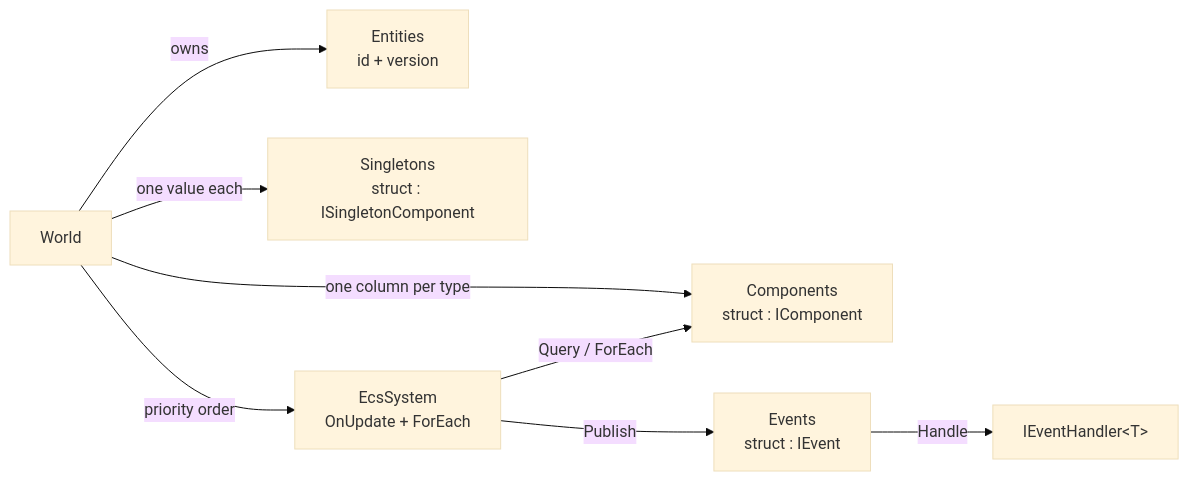
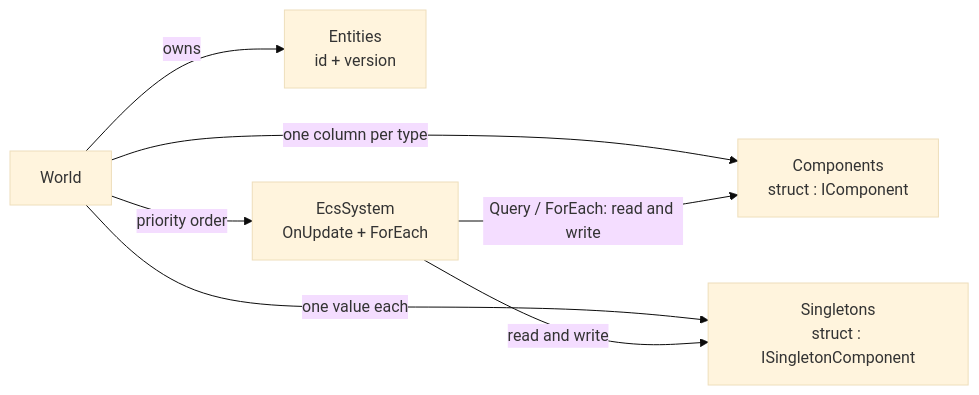
One commit to JasonXuDeveloper/EasyEcs changed the first of 3 diagrams in README.md. Above: the diagram before and after it, drawn with Mermaid (base theme). The commit also changed other lines of this file and 5 other files, not shown here.

````diff
--- a/README.md
+++ b/README.md
@@ -93,10 +96,9 @@
 ```mermaid
 flowchart LR
     W[World] -->|owns| E[Entities<br/>id + version]
     W -->|one column per type| C[Components<br/>struct : IComponent]
     W -->|one value each| S[Singletons<br/>struct : ISingletonComponent]
     W -->|priority order| Y[EcsSystem<br/>OnUpdate + ForEach]
-    Y -->|Publish| V[Events<br/>struct : IEvent]
-    V -->|Handle| H[IEventHandler&lt;T&gt;]
-    Y -->|Query / ForEach| C
+    Y -->|Query / ForEach: read and write| C
+    Y -->|read and write| S
 ```
````
